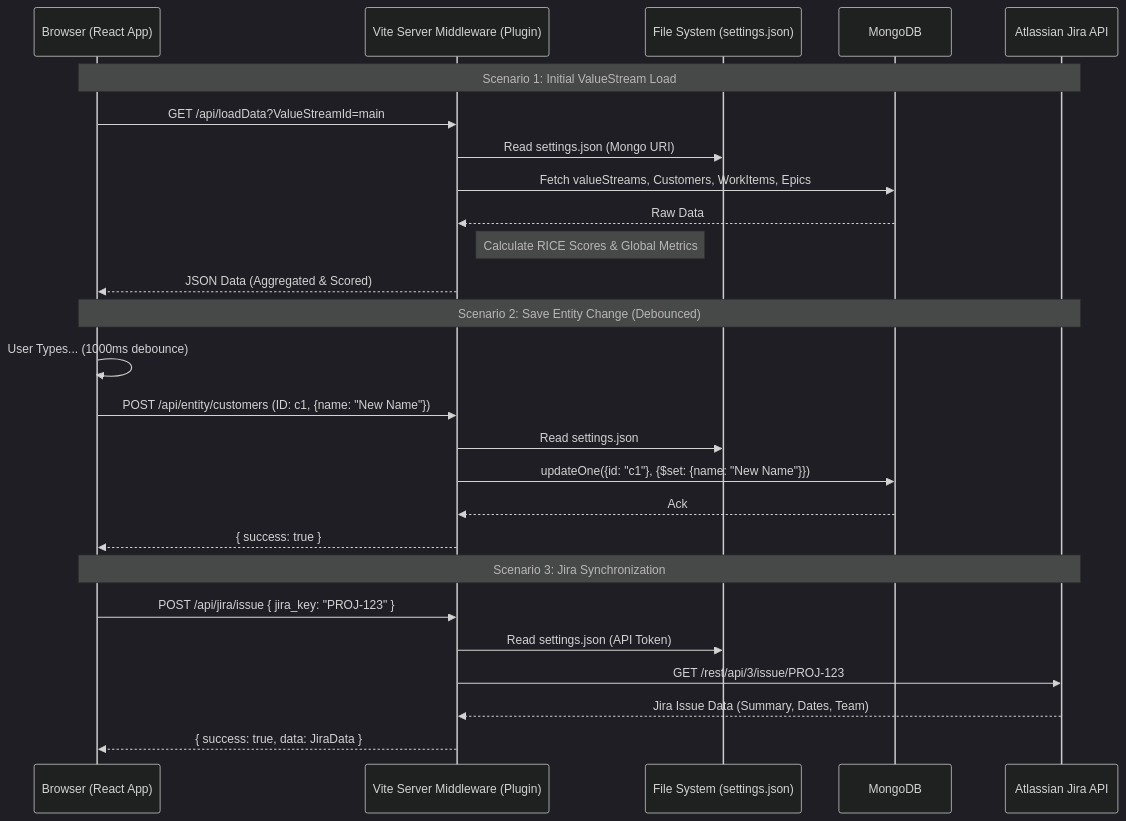
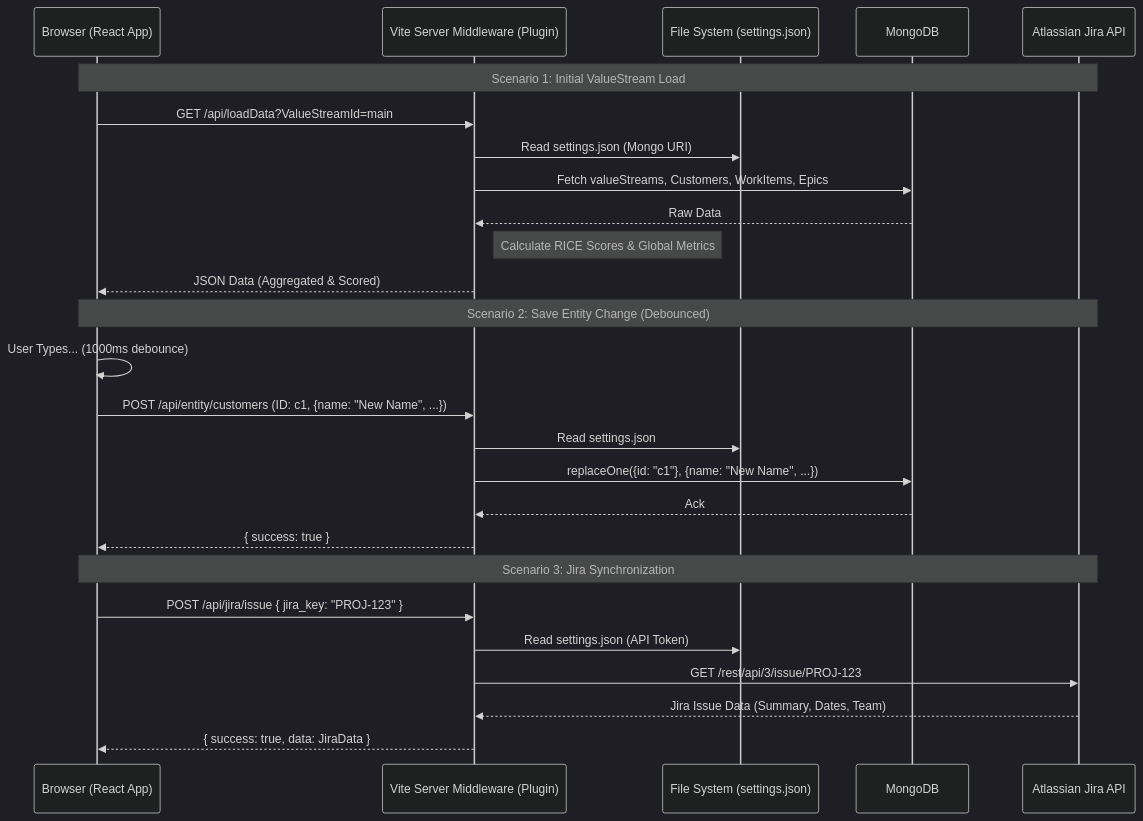
The second of 5 diagrams in doc/ARCHITECTURE.md (AlesKracik/ValueStream-DependencyTree), drawn with Mermaid (dark theme) before and after one commit. The commit also changed 5 other files, not shown here.

Commit message:
fix(persistence): allow unsetting global workitem flag by using replaceOne and null

````diff
--- a/doc/ARCHITECTURE.md
+++ b/doc/ARCHITECTURE.md
@@ -81,31 +81,31 @@
 ```mermaid
 sequenceDiagram
     participant UI as Browser (React App)
     participant Vite as Vite Server Middleware (Plugin)
     participant FS as File System (settings.json)
     participant DB as MongoDB
     participant Jira as Atlassian Jira API
 
     Note over UI, Jira: Scenario 1: Initial ValueStream Load
     UI->>Vite: GET /api/loadData?ValueStreamId=main
     Vite->>FS: Read settings.json (Mongo URI)
     Vite->>DB: Fetch valueStreams, Customers, WorkItems, Epics
     DB-->>Vite: Raw Data
     Note right of Vite: Calculate RICE Scores & Global Metrics
     Vite-->>UI: JSON Data (Aggregated & Scored)
 
     Note over UI, Jira: Scenario 2: Save Entity Change (Debounced)
     UI->>UI: User Types... (1000ms debounce)
-    UI->>Vite: POST /api/entity/customers (ID: c1, {name: "New Name"})
+    UI->>Vite: POST /api/entity/customers (ID: c1, {name: "New Name", ...})
     Vite->>FS: Read settings.json
-    Vite->>DB: updateOne({id: "c1"}, {$set: {name: "New Name"}})
+    Vite->>DB: replaceOne({id: "c1"}, {name: "New Name", ...})
     DB-->>Vite: Ack
     Vite-->>UI: { success: true }
 
     Note over UI, Jira: Scenario 3: Jira Synchronization
     UI->>Vite: POST /api/jira/issue { jira_key: "PROJ-123" }
     Vite->>FS: Read settings.json (API Token)
     Vite->>Jira: GET /rest/api/3/issue/PROJ-123
     Jira-->>Vite: Jira Issue Data (Summary, Dates, Team)
     Vite-->>UI: { success: true, data: JiraData }
 ```
````
